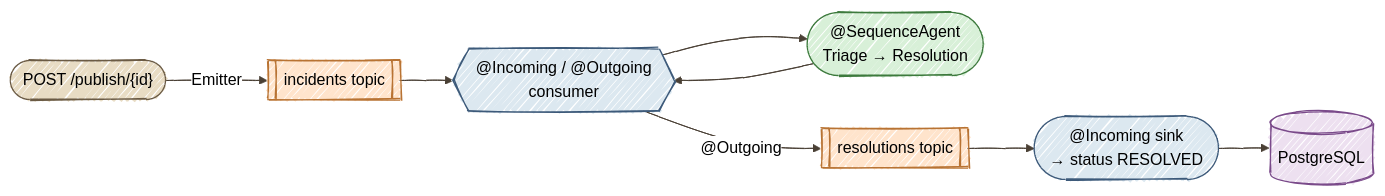
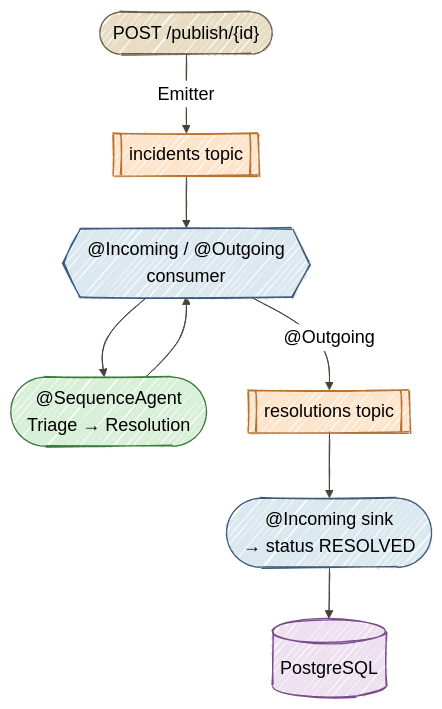
The diagram in docs/12-event-driven/START_HERE.md (danieloh30/agentic-ai-java-workshop), drawn with Mermaid before and after one commit. The commit also changed 3 other files, not shown here.

Commit message:
docs: improve readability of horizontal architecture diagrams

````diff
--- a/docs/12-event-driven/START_HERE.md
+++ b/docs/12-event-driven/START_HERE.md
@@ -43,27 +43,27 @@
 ```mermaid
-%%{init: {'look':'handDrawn','theme':'neutral','themeVariables': {'lineColor':'#4A4035'}}}%%
-flowchart LR
+%%{init: {'look':'handDrawn','theme':'neutral','themeVariables': {'lineColor':'#4A4035','fontSize':'18px'},'flowchart': {'nodeSpacing':40,'rankSpacing':50,'useMaxWidth':false}}}%%
+flowchart TB
     API(["POST /publish/#123;id#125;"])
     T1[["incidents topic"]]
     CONS{{"@Incoming / @Outgoing<br/>consumer"}}
     SEQ(["@SequenceAgent<br/>Triage → Resolution"])
     T2[["resolutions topic"]]
     SINK(["@Incoming sink<br/>→ status RESOLVED"])
     DB[("PostgreSQL")]
 
     API -->|Emitter| T1
     T1 --> CONS
     CONS --> SEQ
     SEQ --> CONS
     CONS -->|"@Outgoing"| T2
     T2 --> SINK
     SINK --> DB
 
     style API fill:#E8DCC4,stroke:#6B5B45
     style T1 fill:#FFE4CC,stroke:#B87333
     style T2 fill:#FFE4CC,stroke:#B87333
     style CONS fill:#DCE8F0,stroke:#3D5A7A
     style SEQ fill:#D8F0D8,stroke:#3D7A3D
     style SINK fill:#DCE8F0,stroke:#3D5A7A
     style DB fill:#EDE0F0,stroke:#7A4A8A
 ```
````
